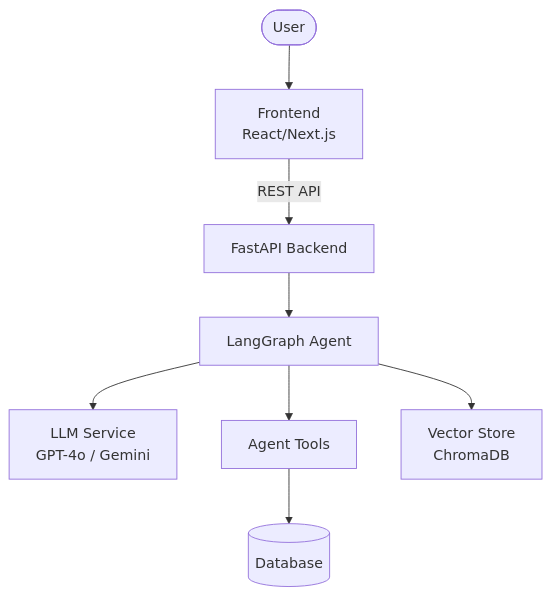
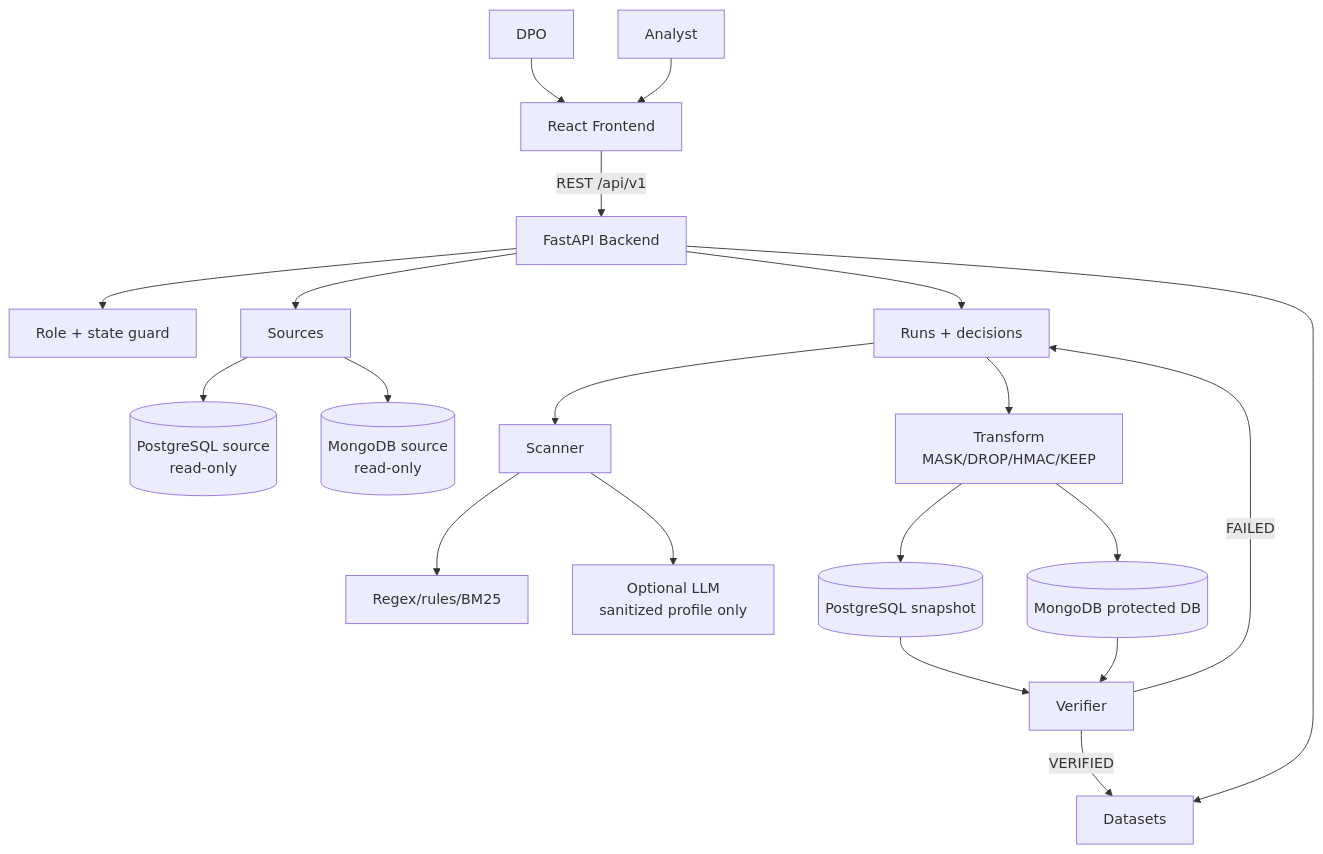
One commit to tlong1610/PII_Masking changed the first of 5 diagrams in docs/architecture_diagram.md. Above: the diagram before and after it, drawn with Mermaid. The commit also changed other lines of this file and 8 other files, not shown here.

Commit message:
docs: update project architecture and quick start

````diff
--- a/docs/architecture_diagram.md
+++ b/docs/architecture_diagram.md
@@ -5,10 +7,27 @@
 ```mermaid
-graph TB
-    User([User]) --> UI[Frontend<br/>React/Next.js]
-    UI -->|REST API| API[FastAPI Backend]
-    API --> Agent[LangGraph Agent]
-    Agent --> LLM[LLM Service<br/>GPT-4o / Gemini]
-    Agent --> Tools[Agent Tools]
-    Tools --> DB[(Database)]
-    Agent --> VS[Vector Store<br/>ChromaDB]
+flowchart TB
+    DPO[DPO] --> FE[React Frontend]
+    ANA[Analyst] --> FE
+    FE -->|REST /api/v1| API[FastAPI Backend]
+
+    API --> AUTH[Role + state guard]
+    API --> SOURCES[Sources]
+    API --> RUNS[Runs + decisions]
+    API --> DATASETS[Datasets]
+
+    RUNS --> SCAN[Scanner]
+    SCAN --> RULES[Regex/rules/BM25]
+    SCAN --> LLM[Optional LLM<br/>sanitized profile only]
+
+    SOURCES --> PG[(PostgreSQL source<br/>read-only)]
+    SOURCES --> MG[(MongoDB source<br/>read-only)]
+
+    RUNS --> TRANSFORM[Transform<br/>MASK/DROP/HMAC/KEEP]
+    TRANSFORM --> PGOUT[(PostgreSQL snapshot)]
+    TRANSFORM --> MGOUT[(MongoDB protected DB)]
+
+    PGOUT --> VER[Verifier]
+    MGOUT --> VER
+    VER -->|VERIFIED| DATASETS
+    VER -->|FAILED| RUNS
 ```
````
